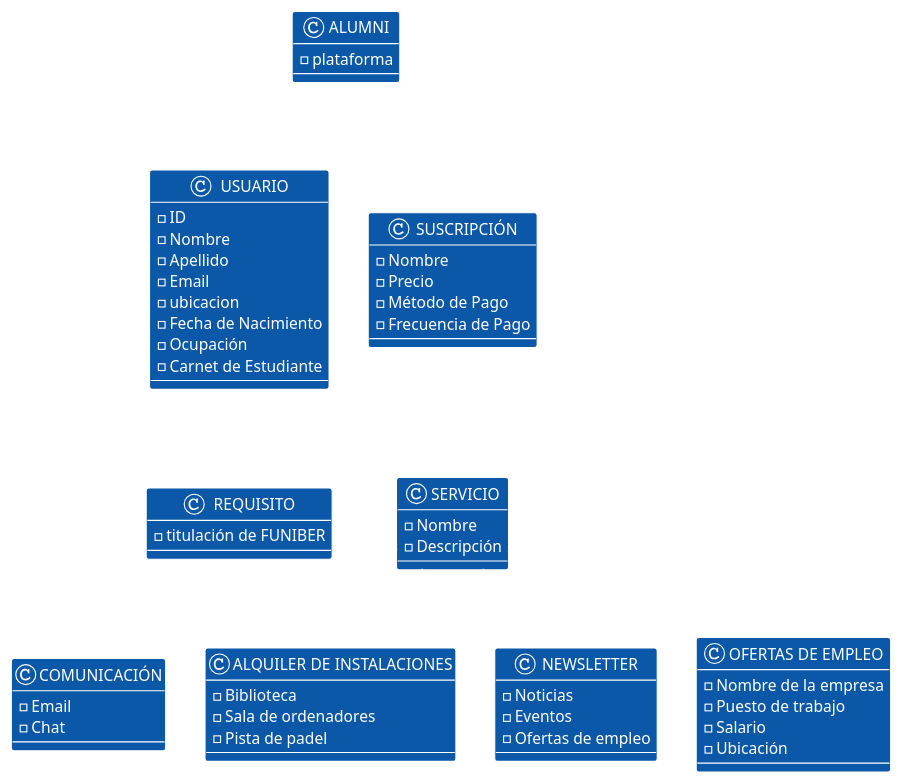
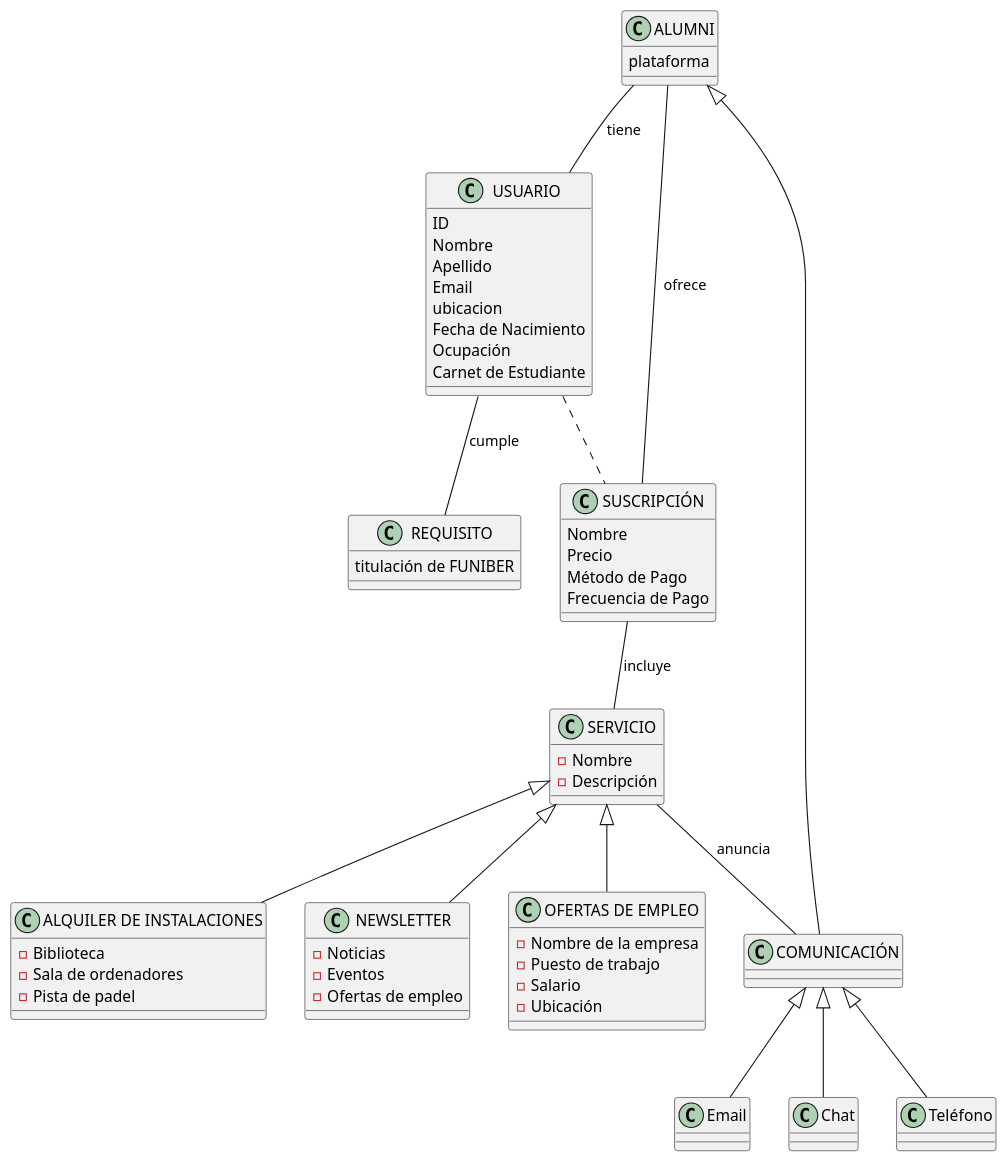
One commit to mmasias/23-24-IdSw1-SDR changed the diagram in Modelos_de_Dominio/Modelos_Finales/Primera_Iteración/Modelo_de_Dominio.puml. Above: the diagram before and after it, drawn with PlantUML.

Commit message:
Propuesta

```diff
--- a/Modelos_de_Dominio/Modelos_Finales/Primera_Iteración/Modelo_de_Dominio.puml
+++ b/Modelos_de_Dominio/Modelos_Finales/Primera_Iteración/Modelo_de_Dominio.puml
@@ -1,73 +1,79 @@
 @startuml AlumniModel
 
-!theme amiga
+'!theme amiga
 skinparam backgroundColor transparent
 skinparam defaultFontName Arial
 
 class ALUMNI {
-   - plataforma
+   plataforma
 }
 
 class USUARIO {
-    - ID
-    - Nombre 
-    - Apellido 
-    - Email 
-    - ubicacion 
-    - Fecha de Nacimiento 
-    - Ocupación
-    - Carnet de Estudiante
+    ID
+    Nombre 
+    Apellido 
+    Email 
+    ubicacion 
+    Fecha de Nacimiento 
+    Ocupación
+    Carnet de Estudiante
 }
 
 class REQUISITO {
-    - titulación de FUNIBER
+    titulación de FUNIBER
 }
 
 class SUSCRIPCIÓN {
-    - Nombre 
-    - Precio 
-    - Método de Pago
-    - Frecuencia de Pago
+    Nombre 
+    Precio 
+    Método de Pago
+    Frecuencia de Pago
 }
 
 class SERVICIO {
     - Nombre 
     - Descripción 
 }
 
 class COMUNICACIÓN {
-    - Email
-    - Chat
 }
 
 class "ALQUILER DE INSTALACIONES" {
     - Biblioteca
     - Sala de ordenadores
     - Pista de padel
 }
 
 class NEWSLETTER {
     - Noticias
     - Eventos
     - Ofertas de empleo
 }
 
 class "OFERTAS DE EMPLEO" {
     - Nombre de la empresa
     - Puesto de trabajo
     - Salario
     - Ubicación
 }
 
 ALUMNI -- USUARIO : tiene
 ALUMNI -- SUSCRIPCIÓN : ofrece
 SUSCRIPCIÓN -- SERVICIO : incluye
 USUARIO -- REQUISITO : cumple
 
 
-SERVICIO <|-- "COMUNICACIÓN"
+ALUMNI <|-- "COMUNICACIÓN"
 SERVICIO <|-- "ALQUILER DE INSTALACIONES"
 SERVICIO <|-- "NEWSLETTER"
 SERVICIO <|-- "OFERTAS DE EMPLEO"
 
+USUARIO .. SUSCRIPCIÓN
+
+SERVICIO -- "COMUNICACIÓN": anuncia
+
+COMUNICACIÓN <|-d- Email
+COMUNICACIÓN <|-d- Chat
+COMUNICACIÓN <|-d- Teléfono
+
 @enduml
```
